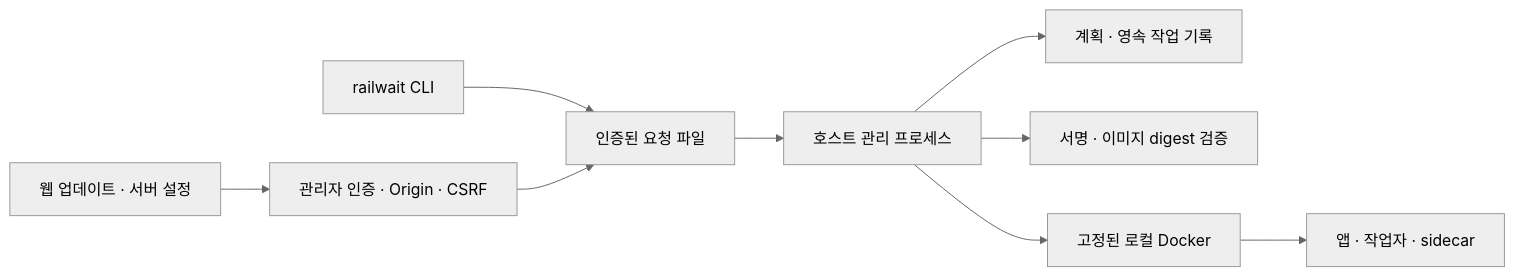
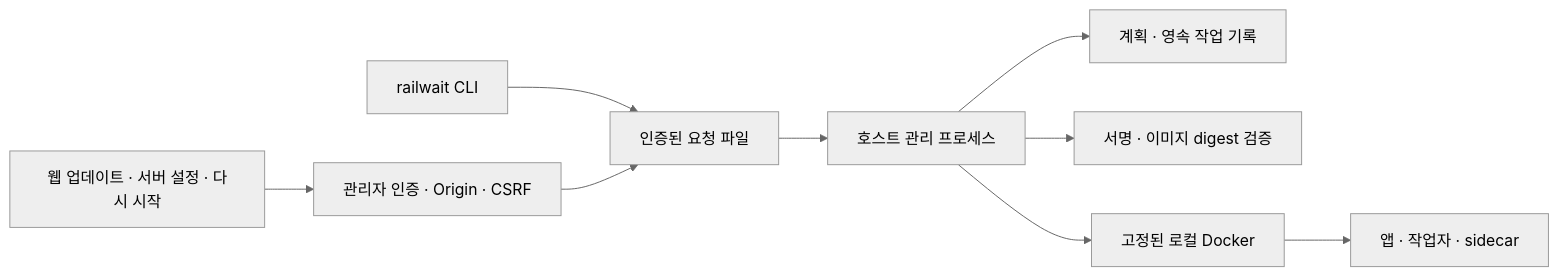
One commit to hostkimjang/korail-auto-waitlist changed the diagram in docs/INSTALL_UPDATE_DESIGN.md. Above: the diagram before and after it, drawn with Mermaid (neutral theme). The commit also changed other lines of this file and 5 other files, not shown here.

````diff
--- a/docs/INSTALL_UPDATE_DESIGN.md
+++ b/docs/INSTALL_UPDATE_DESIGN.md
@@ -188,11 +201,11 @@
 ```mermaid
 flowchart LR
   CLI[railwait CLI] --> Queue[인증된 요청 파일]
-  Web[웹 업데이트 · 서버 설정] --> API[관리자 인증 · Origin · CSRF]
+  Web[웹 업데이트 · 서버 설정 · 다시 시작] --> API[관리자 인증 · Origin · CSRF]
   API --> Queue
   Queue --> Manager[호스트 관리 프로세스]
   Manager --> Plan[계획 · 영속 작업 기록]
   Manager --> Release[서명 · 이미지 digest 검증]
   Manager --> Docker[고정된 로컬 Docker]
   Docker --> App[앱 · 작업자 · sidecar]
 ```
````
